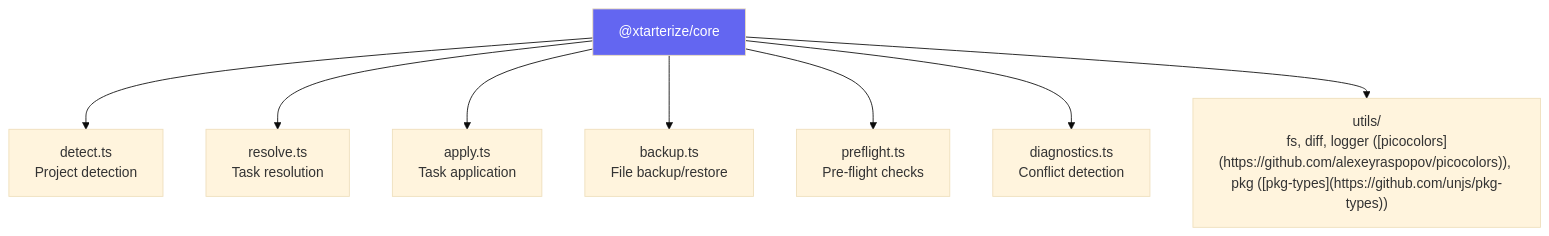
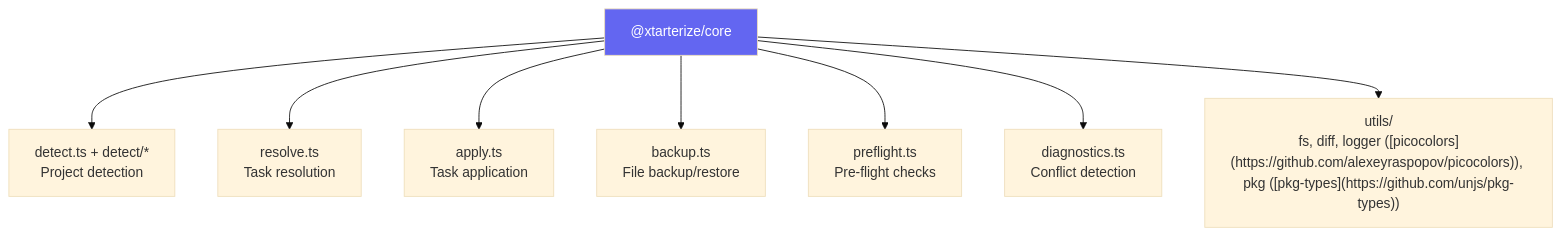
Before and after one commit to agustinusnathaniel/xtarter: the third of 4 diagrams in apps/docs/src/content/docs/contributing/architecture/overview.mdx, drawn with Mermaid (base theme). The commit also changed other lines of this file and 3 other files, not shown here.

Commit message:
docs: update architecture docs for refactored seams

````diff
--- a/apps/docs/src/content/docs/contributing/architecture/overview.mdx
+++ b/apps/docs/src/content/docs/contributing/architecture/overview.mdx
@@ -88,12 +88,12 @@
 ```mermaid
 flowchart TD
-    Core["@xtarterize/core"] --> Detect["detect.ts<br/>Project detection"]
+    Core["@xtarterize/core"] --> Detect["detect.ts + detect/*<br/>Project detection"]
     Core --> Resolve["resolve.ts<br/>Task resolution"]
     Core --> Apply["apply.ts<br/>Task application"]
     Core --> Backup["backup.ts<br/>File backup/restore"]
     Core --> Preflight["preflight.ts<br/>Pre-flight checks"]
     Core --> Diagnostics["diagnostics.ts<br/>Conflict detection"]
     Core --> Utils["utils/<br/>fs, diff, logger ([picocolors](https://github.com/alexeyraspopov/picocolors)), pkg ([pkg-types](https://github.com/unjs/pkg-types))"]
     
     style Core fill:#6366f1,color:#fff
 ```
````
